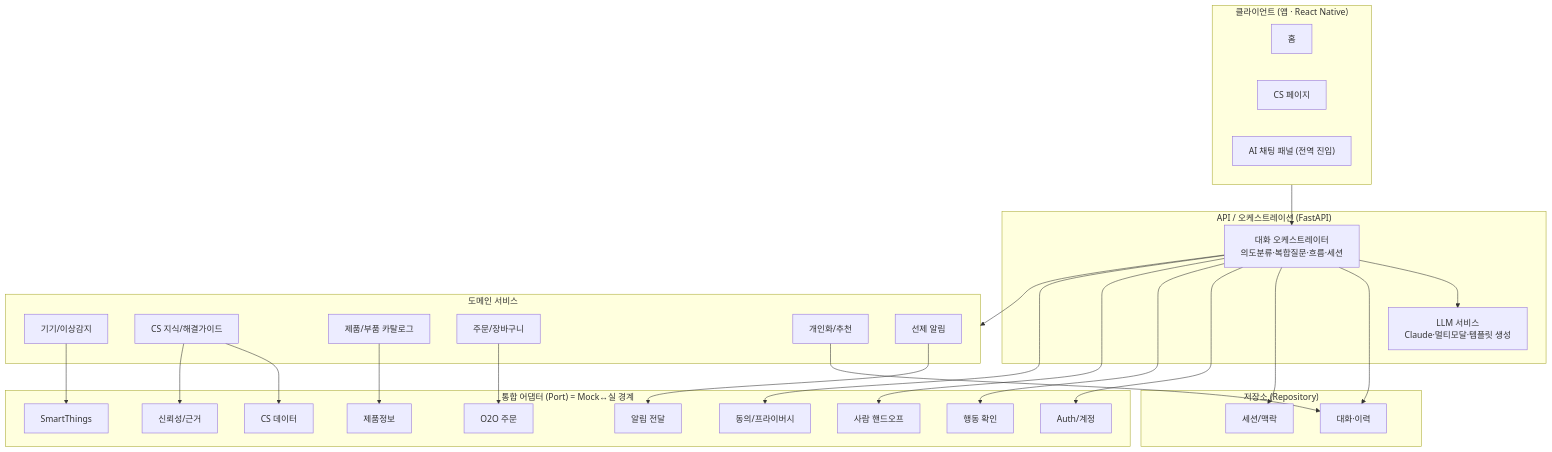
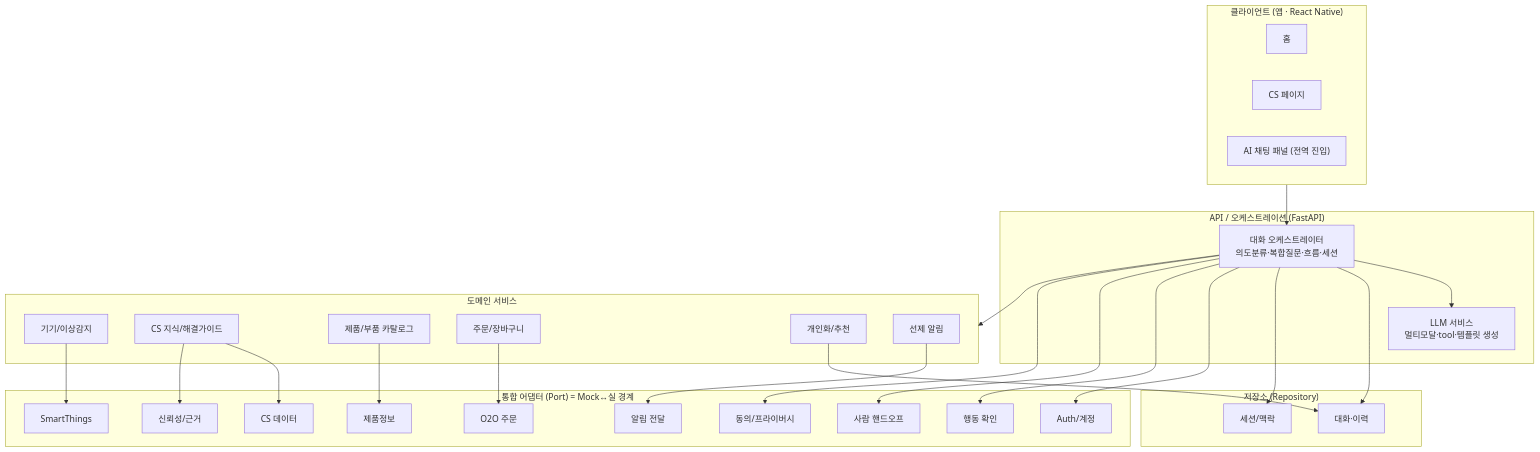
The first of 3 diagrams in docs/architecture.md (92LEEJUN/rubicon-3), drawn with Mermaid before and after one commit. The commit also changed other lines of this file and 4 other files, not shown here.

First line of the commit message:
doc: 다이어그램 모음(diagrams.md) + 전 문서 Claude→LLM 일반화

````diff
--- a/docs/architecture.md
+++ b/docs/architecture.md
@@ -33,57 +33,57 @@
 ```mermaid
 flowchart TB
   subgraph Client["클라이언트 (앱 · React Native)"]
     Home["홈"]
     CSPage["CS 페이지"]
     Chat["AI 채팅 패널 (전역 진입)"]
   end
 
   subgraph APILayer["API / 오케스트레이션 (FastAPI)"]
     Orch["대화 오케스트레이터<br/>의도분류·복합질문·흐름·세션"]
-    LLM["LLM 서비스<br/>Claude·멀티모달·템플릿 생성"]
+    LLM["LLM 서비스<br/>멀티모달·tool·템플릿 생성"]
   end
 
   subgraph DomainSvc["도메인 서비스"]
     DeviceSvc["기기/이상감지"]
     KnowSvc["CS 지식/해결가이드"]
     CatalogSvc["제품/부품 카탈로그"]
     OrderSvc["주문/장바구니"]
     PersSvc["개인화/추천"]
     NotiSvc["선제 알림"]
   end
 
   subgraph Ports["통합 어댑터 (Port) = Mock↔실 경계"]
     AuthP["Auth/계정"]
     STP["SmartThings"]
     O2OP["O2O 주문"]
     CSDataP["CS 데이터"]
     CatP["제품정보"]
     TrustP["신뢰성/근거"]
     ActP["행동 확인"]
     HandoffP["사람 핸드오프"]
     AlertP["알림 전달"]
     ConsentP["동의/프라이버시"]
   end
 
   subgraph DataStore["저장소 (Repository)"]
     ConvDB["대화·이력"]
     SessDB["세션/맥락"]
   end
 
   Client --> Orch
   Orch --> LLM
   Orch --> DomainSvc
   Orch --> ConvDB
   Orch --> SessDB
   Orch --> AuthP
   Orch --> ActP
   Orch --> HandoffP
   Orch --> ConsentP
   DeviceSvc --> STP
   KnowSvc --> CSDataP
   KnowSvc --> TrustP
   CatalogSvc --> CatP
   OrderSvc --> O2OP
   PersSvc --> ConvDB
   NotiSvc --> AlertP
 ```
````
